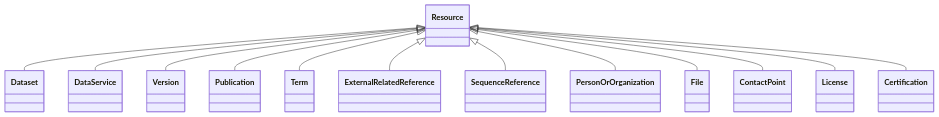
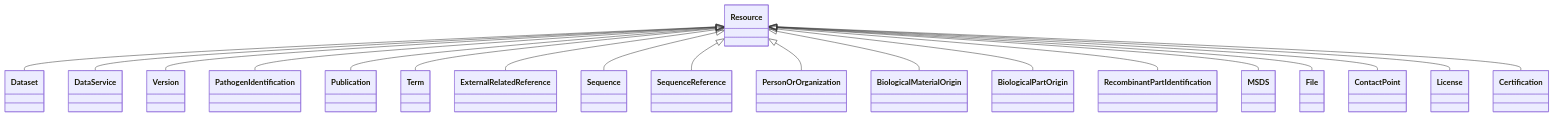
One commit to EVORA-project/evora-ontology changed the diagram in models/docs/Resource.md. Above: the diagram before and after it, drawn with Mermaid. The commit also changed other lines of this file and 435 other files, not shown here.

````diff
--- a/models/docs/Resource.md
+++ b/models/docs/Resource.md
@@ -21,31 +21,43 @@
 ```mermaid
  classDiagram
     class Resource
     click Resource href "../Resource"
       Resource <|-- Dataset
         click Dataset href "../Dataset"
       Resource <|-- DataService
         click DataService href "../DataService"
       Resource <|-- Version
         click Version href "../Version"
+      Resource <|-- PathogenIdentification
+        click PathogenIdentification href "../PathogenIdentification"
       Resource <|-- Publication
         click Publication href "../Publication"
       Resource <|-- Term
         click Term href "../Term"
       Resource <|-- ExternalRelatedReference
         click ExternalRelatedReference href "../ExternalRelatedReference"
+      Resource <|-- Sequence
+        click Sequence href "../Sequence"
       Resource <|-- SequenceReference
         click SequenceReference href "../SequenceReference"
       Resource <|-- PersonOrOrganization
         click PersonOrOrganization href "../PersonOrOrganization"
+      Resource <|-- BiologicalMaterialOrigin
+        click BiologicalMaterialOrigin href "../BiologicalMaterialOrigin"
+      Resource <|-- BiologicalPartOrigin
+        click BiologicalPartOrigin href "../BiologicalPartOrigin"
+      Resource <|-- RecombinantPartIdentification
+        click RecombinantPartIdentification href "../RecombinantPartIdentification"
+      Resource <|-- MSDS
+        click MSDS href "../MSDS"
       Resource <|-- File
         click File href "../File"
       Resource <|-- ContactPoint
         click ContactPoint href "../ContactPoint"
       Resource <|-- License
         click License href "../License"
       Resource <|-- Certification
         click Certification href "../Certification"
       
       
 ```
````
